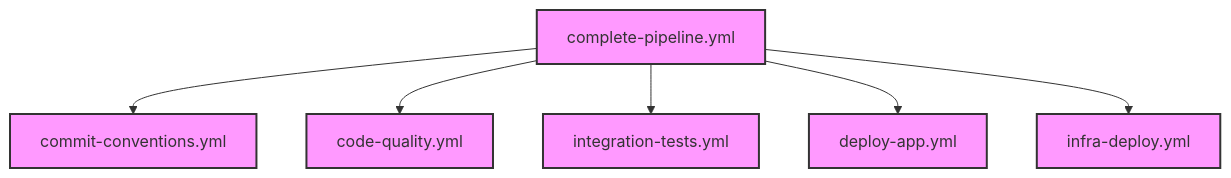
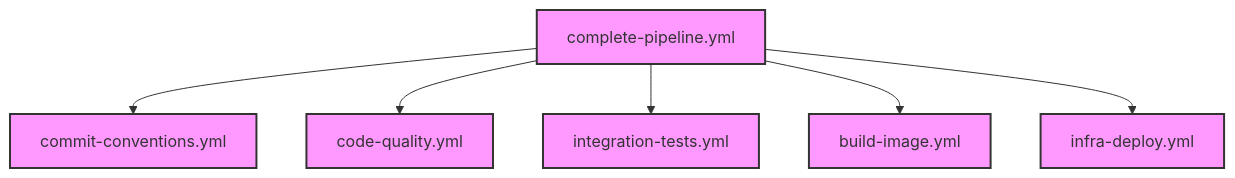
One commit to sdamache/konveyor changed the second of 4 diagrams in docs/github_workflows.md. Above: the diagram before and after it, drawn with Mermaid. The commit also changed other lines of this file, not shown here.

Commit message:
Update workflow documentation to replace references from deploy-app.yml to build-image.yml

````diff
--- a/docs/github_workflows.md
+++ b/docs/github_workflows.md
@@ -148,11 +148,11 @@
 ```mermaid
 graph TD
     A[complete-pipeline.yml] --> B[commit-conventions.yml]
     A --> C[code-quality.yml]
     A --> D[integration-tests.yml]
-    A --> E[deploy-app.yml]
+    A --> E[build-image.yml]
     A --> F[infra-deploy.yml]
 
     classDef workflow fill:#f9f,stroke:#333,stroke-width:2px;
     class A,B,C,D,E,F workflow;
 ```
````
